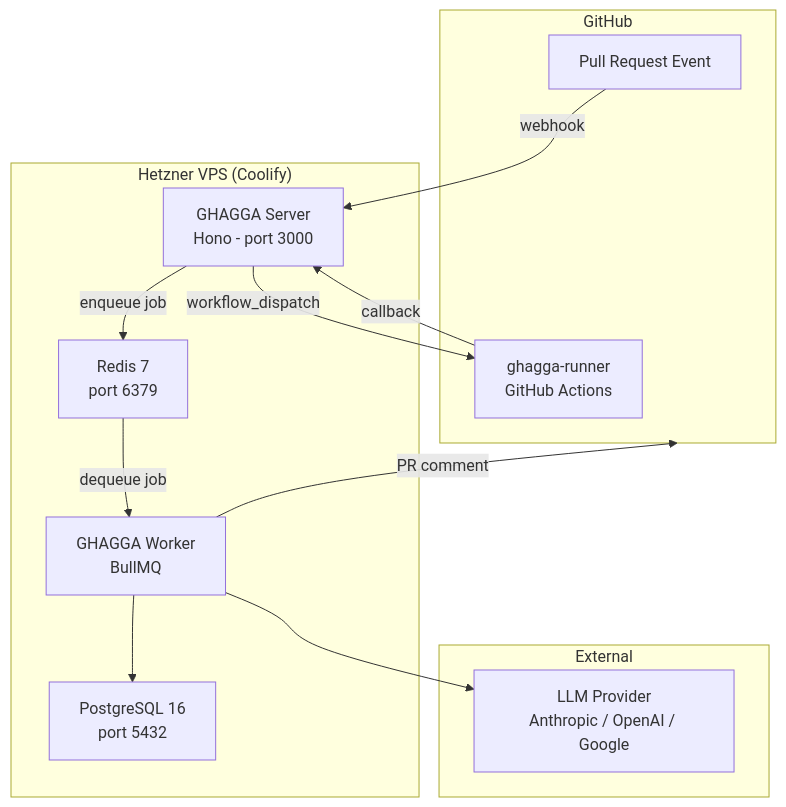
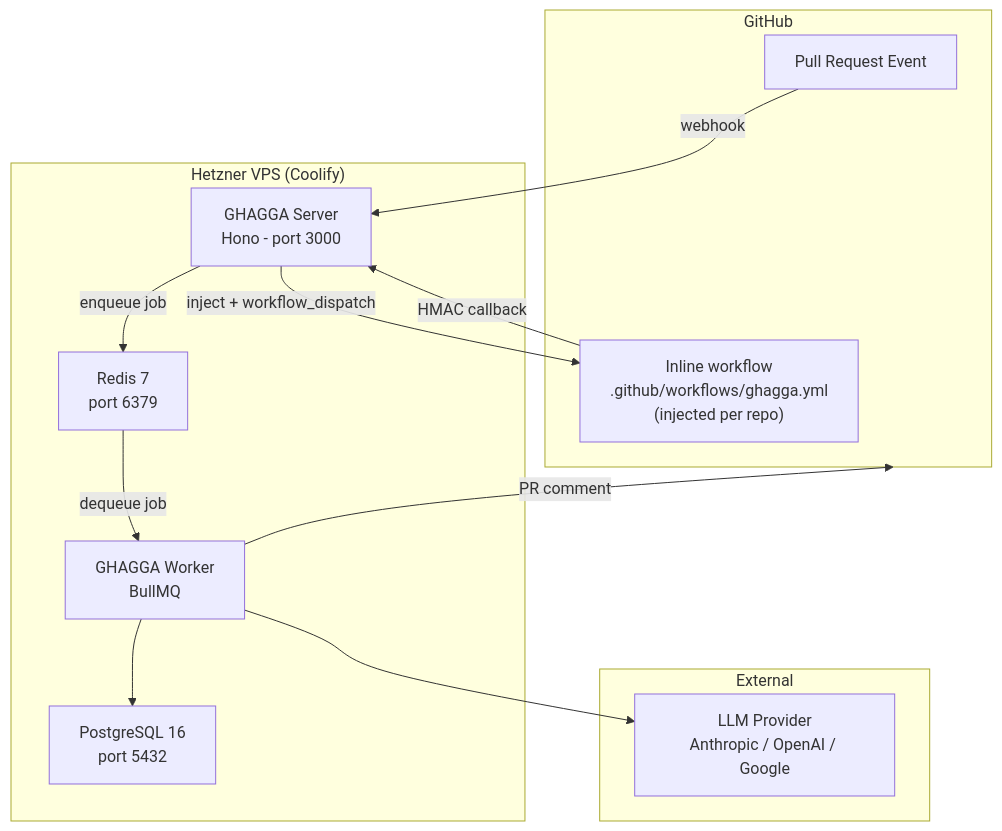
One commit to JNZader/ghagga changed the second of 2 diagrams in docs/self-hosted.md. Above: the diagram before and after it, drawn with Mermaid. The commit also changed other lines of this file and 64 other files, not shown here.

````diff
--- a/docs/self-hosted.md
+++ b/docs/self-hosted.md
@@ -440,27 +442,27 @@
 ```mermaid
 flowchart TB
   subgraph GitHub
     PR["Pull Request Event"]
-    Runner["ghagga-runner<br/>GitHub Actions"]
+    Inline["Inline workflow<br/>.github/workflows/ghagga.yml<br/>(injected per repo)"]
   end
 
   subgraph Hetzner["Hetzner VPS (Coolify)"]
     Server["GHAGGA Server<br/>Hono - port 3000"]
     Worker["GHAGGA Worker<br/>BullMQ"]
     PG["PostgreSQL 16<br/>port 5432"]
     Redis["Redis 7<br/>port 6379"]
   end
 
   subgraph External
     LLM["LLM Provider<br/>Anthropic / OpenAI / Google"]
   end
 
   PR -->|webhook| Server
   Server -->|enqueue job| Redis
   Redis -->|dequeue job| Worker
-  Server -->|workflow_dispatch| Runner
-  Runner -->|callback| Server
+  Server -->|inject + workflow_dispatch| Inline
+  Inline -->|HMAC callback| Server
   Worker --> PG
   Worker --> LLM
   Worker -->|PR comment| GitHub
 ```
````
